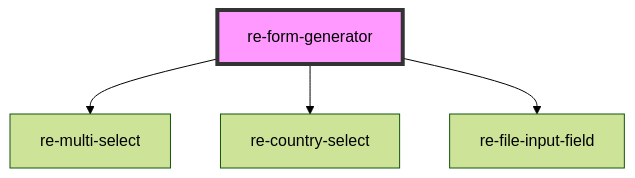
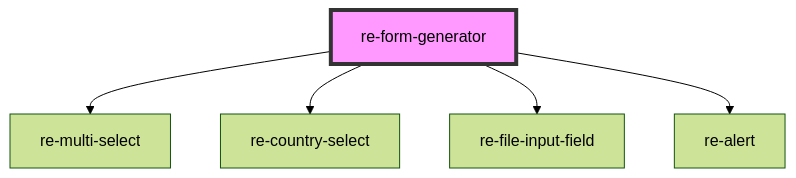
Before and after one commit to balance3840/form-generator: the diagram in src/components/re-form-generator/readme.md, drawn with Mermaid (forest theme). The commit also changed other lines of this file and 8 other files, not shown here.

````diff
--- a/src/components/re-form-generator/readme.md
+++ b/src/components/re-form-generator/readme.md
@@ -78,7 +79,8 @@
 ```mermaid
 graph TD;
   re-form-generator --> re-multi-select
   re-form-generator --> re-country-select
   re-form-generator --> re-file-input-field
+  re-form-generator --> re-alert
   style re-form-generator fill:#f9f,stroke:#333,stroke-width:4px
 ```
````
